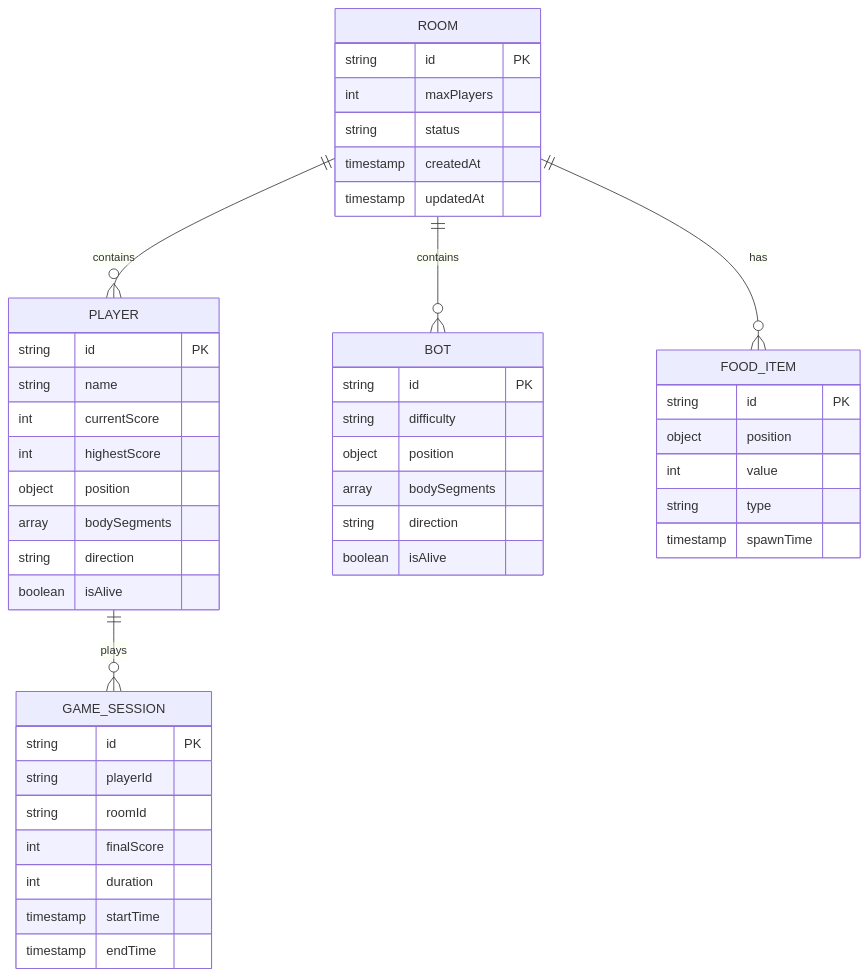
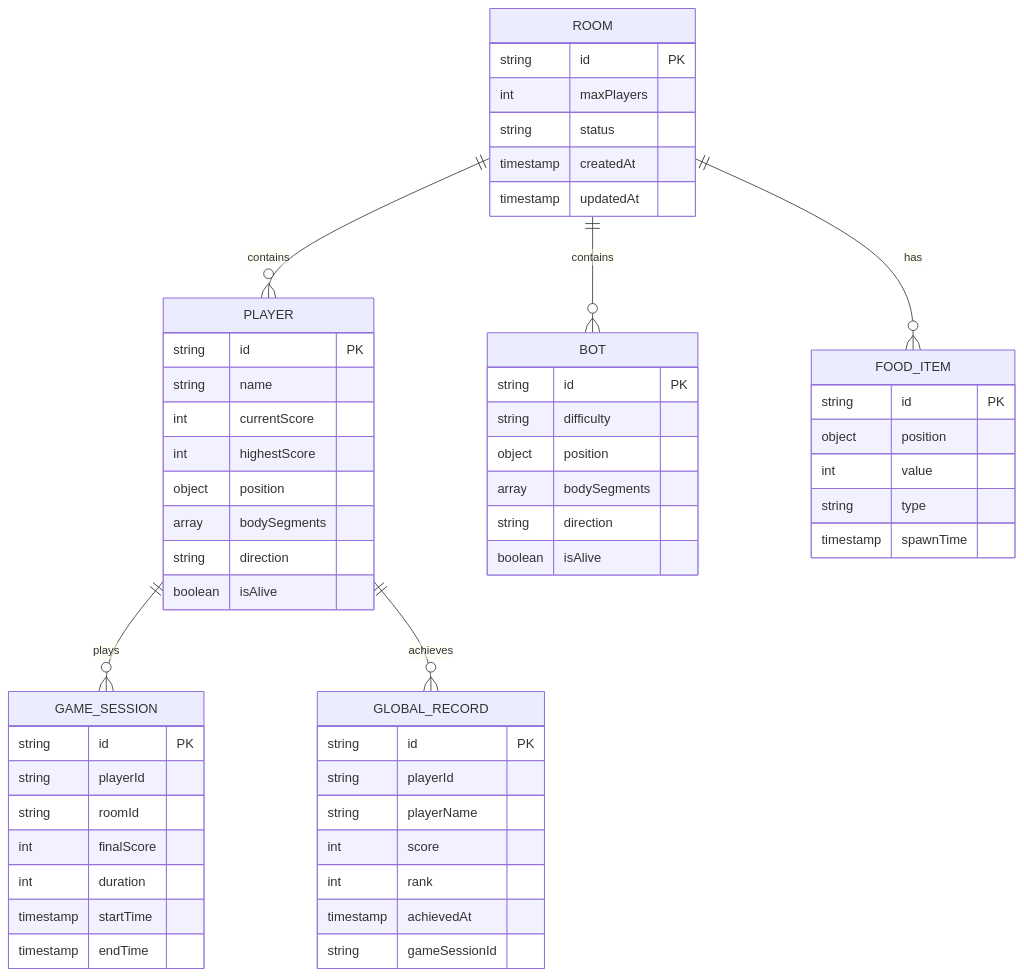
Before and after one commit to peopleinfo/worm-zone: the third of 3 diagrams in .trae/documents/worm-zone-technical-architecture.md, drawn with Mermaid. The commit also changed other lines of this file and 5 other files, not shown here.

````diff
--- a/.trae/documents/worm-zone-technical-architecture.md
+++ b/.trae/documents/worm-zone-technical-architecture.md
@@ -189,53 +252,64 @@
 ```mermaid
 erDiagram
     ROOM ||--o{ PLAYER : contains
     ROOM ||--o{ BOT : contains
     ROOM ||--o{ FOOD_ITEM : has
     PLAYER ||--o{ GAME_SESSION : plays
+    PLAYER ||--o{ GLOBAL_RECORD : achieves
     
     ROOM {
         string id PK
         int maxPlayers
         string status
         timestamp createdAt
         timestamp updatedAt
     }
     
     PLAYER {
         string id PK
         string name
         int currentScore
         int highestScore
         object position
         array bodySegments
         string direction
         boolean isAlive
     }
     
     BOT {
         string id PK
         string difficulty
         object position
         array bodySegments
         string direction
         boolean isAlive
     }
     
     FOOD_ITEM {
         string id PK
         object position
         int value
         string type
         timestamp spawnTime
     }
     
     GAME_SESSION {
         string id PK
         string playerId
         string roomId
         int finalScore
         int duration
         timestamp startTime
         timestamp endTime
     }
+    
+    GLOBAL_RECORD {
+        string id PK
+        string playerId
+        string playerName
+        int score
+        int rank
+        timestamp achievedAt
+        string gameSessionId
+    }
 ```
````
